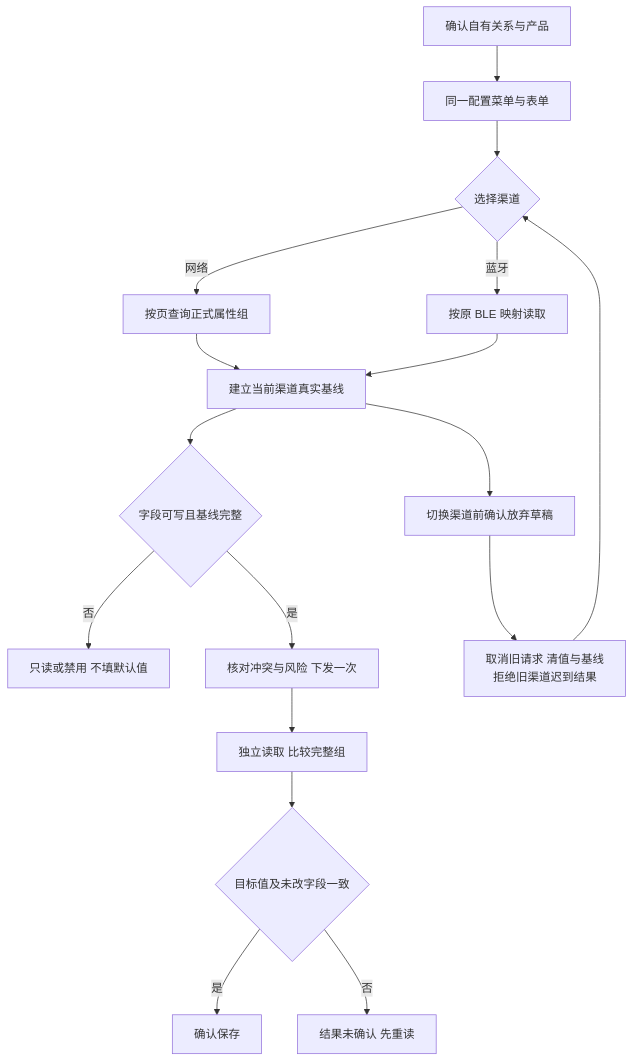
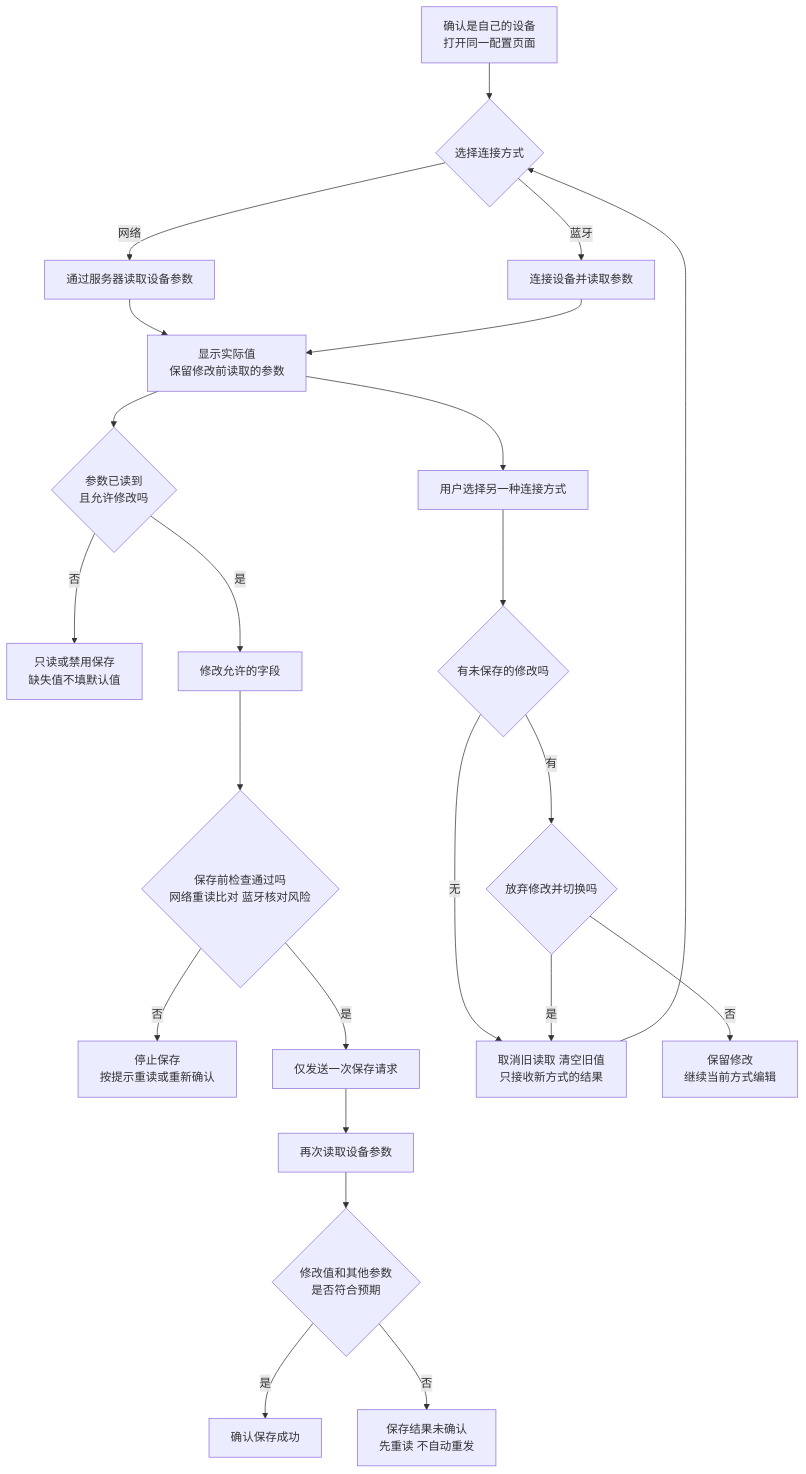
The diagram in guides/configuration-flow.mmd (jarLiao/eview-connect-c-app-prototype), drawn with Mermaid before and after one commit. The commit also changed 7 other files, not shown here.

```diff
--- a/guides/configuration-flow.mmd
+++ b/guides/configuration-flow.mmd
@@ -1,17 +1,23 @@
 flowchart TD
-    A[确认自有关系与产品] --> B[同一配置菜单与表单]
-    B --> C{选择渠道}
-    C -->|网络| D[按页查询正式属性组]
-    C -->|蓝牙| E[按原 BLE 映射读取]
-    D --> F[建立当前渠道真实基线]
-    E --> F
-    F --> G{字段可写且基线完整}
-    G -->|否| H[只读或禁用 不填默认值]
-    G -->|是| I[核对冲突与风险 下发一次]
-    I --> J[独立读取 比较完整组]
-    J --> K{目标值及未改字段一致}
-    K -->|是| L[确认保存]
-    K -->|否| M[结果未确认 先重读]
-    F --> N[切换渠道前确认放弃草稿]
-    N --> O[取消旧请求 清值与基线<br/>拒绝旧渠道迟到结果]
-    O --> C
+    A[确认是自己的设备<br/>打开同一配置页面] --> B{选择连接方式}
+    B -->|网络| C[通过服务器读取设备参数]
+    B -->|蓝牙| D[连接设备并读取参数]
+    C --> E[显示实际值<br/>保留修改前读取的参数]
+    D --> E
+    E --> S{参数已读到<br/>且允许修改吗}
+    S -->|否| T[只读或禁用保存<br/>缺失值不填默认值]
+    S -->|是| F[修改允许的字段]
+    F --> G{保存前检查通过吗<br/>网络重读比对 蓝牙核对风险}
+    G -->|否| H[停止保存<br/>按提示重读或重新确认]
+    G -->|是| I[仅发送一次保存请求]
+    I --> J[再次读取设备参数]
+    J --> K{修改值和其他参数<br/>是否符合预期}
+    K -->|是| L[确认保存成功]
+    K -->|否| M[保存结果未确认<br/>先重读 不自动重发]
+    E --> N[用户选择另一种连接方式]
+    N --> O{有未保存的修改吗}
+    O -->|无| R[取消旧读取 清空旧值<br/>只接收新方式的结果]
+    O -->|有| P{放弃修改并切换吗}
+    P -->|否| Q[保留修改<br/>继续当前方式编辑]
+    P -->|是| R
+    R --> B
```
